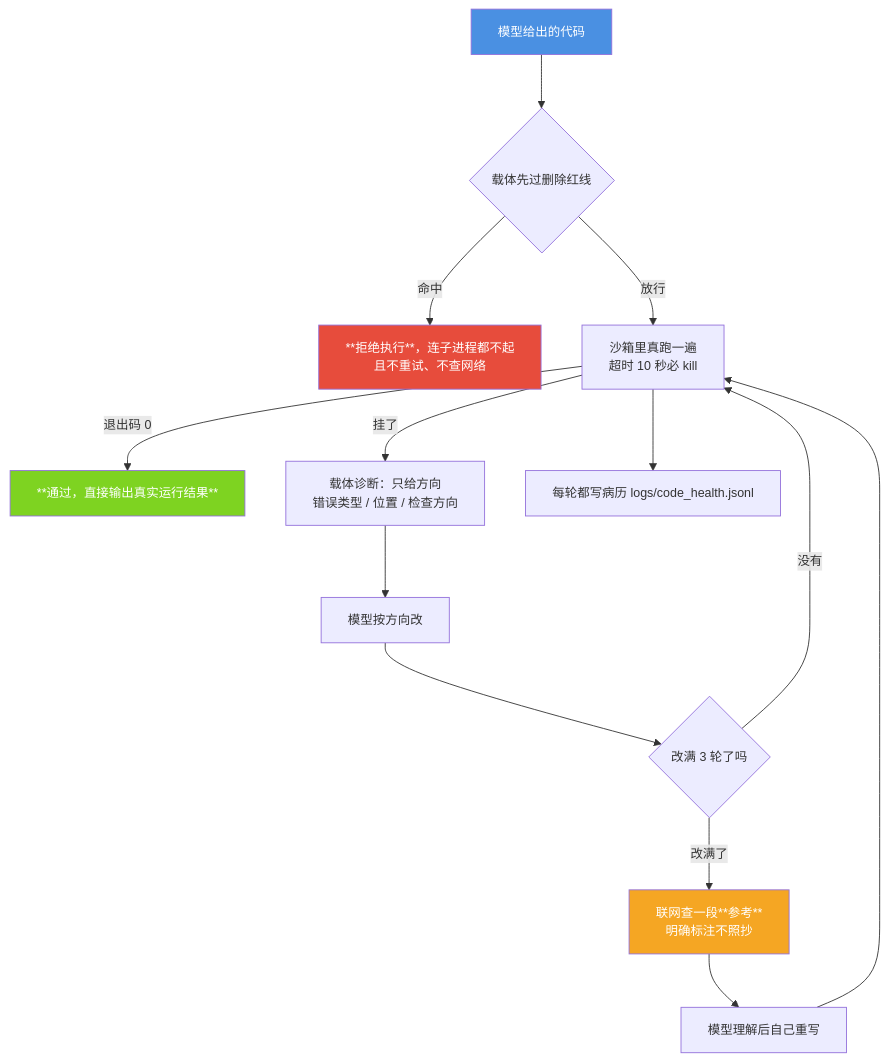
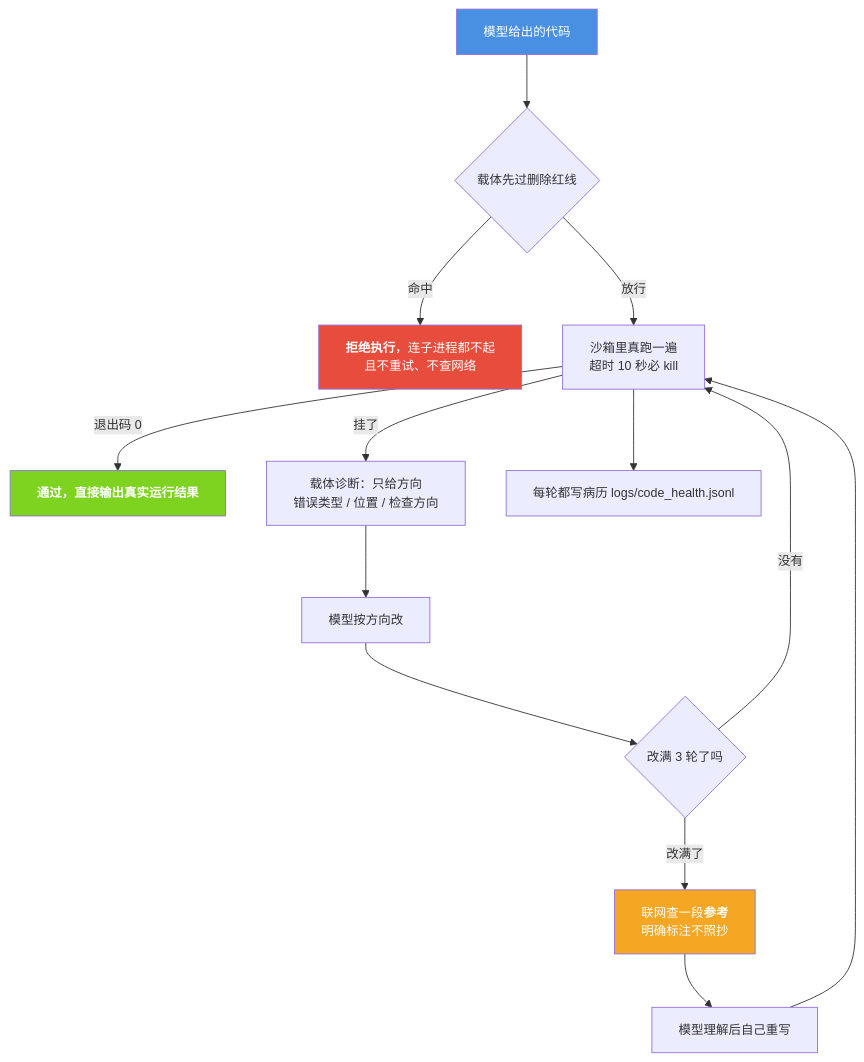
Before and after one commit to jiangchuangege/xiaojiao-harnees: the diagram in docs/carrier-diagnosis.md, drawn with Mermaid. The commit also changed 18 other files, not shown here.

Commit message:
修渲染缺陷：Mermaid 里 43 处 ** 换成可渲染的 <b>（Mermaid 不解析 Markdown 加粗，图里原样显示星号）；去掉列表里嵌套的 json 围栏；新增 check_render.py 并接入 CI

````diff
--- a/docs/carrier-diagnosis.md
+++ b/docs/carrier-diagnosis.md
@@ -56,21 +56,21 @@
 ```mermaid
 %%{init: {"themeVariables": {"fontSize": "14px"}, "flowchart": {"htmlLabels": true, "wrappingWidth": 340, "nodeSpacing": 46, "rankSpacing": 60, "useMaxWidth": true}}}%%
 flowchart TB
     S["模型给出的代码"] --> G{"载体先过删除红线"}
-    G -->|"命中"| BLK["**拒绝执行**，连子进程都不起<br/>且不重试、不查网络"]
+    G -->|"命中"| BLK["<b>拒绝执行</b>，连子进程都不起<br/>且不重试、不查网络"]
     G -->|"放行"| RUN["沙箱里真跑一遍<br/>超时 10 秒必 kill"]
-    RUN -->|"退出码 0"| OK["**通过，直接输出真实运行结果**"]
+    RUN -->|"退出码 0"| OK["<b>通过，直接输出真实运行结果</b>"]
     RUN -->|"挂了"| D["载体诊断：只给方向<br/>错误类型 / 位置 / 检查方向"]
     D --> FIX["模型按方向改"]
     FIX --> CNT{"改满 3 轮了吗"}
     CNT -->|"没有"| RUN
-    CNT -->|"改满了"| WEB["联网查一段**参考**<br/>明确标注不照抄"]
+    CNT -->|"改满了"| WEB["联网查一段<b>参考</b><br/>明确标注不照抄"]
     WEB --> REWRITE["模型理解后自己重写"]
     REWRITE --> RUN
     RUN --> REC["每轮都写病历 logs/code_health.jsonl"]
 
     style S fill:#4A90E2,color:#fff
     style OK fill:#7ED321,color:#fff
     style BLK fill:#E74C3C,color:#fff
     style WEB fill:#F5A623,color:#fff
 ```
````
